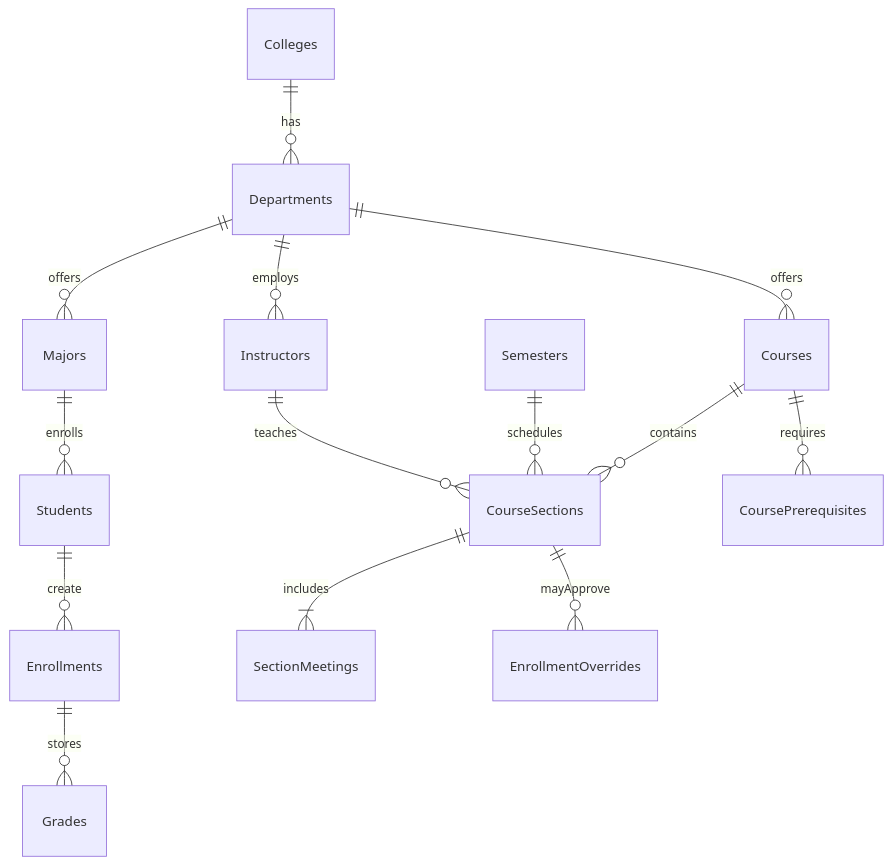
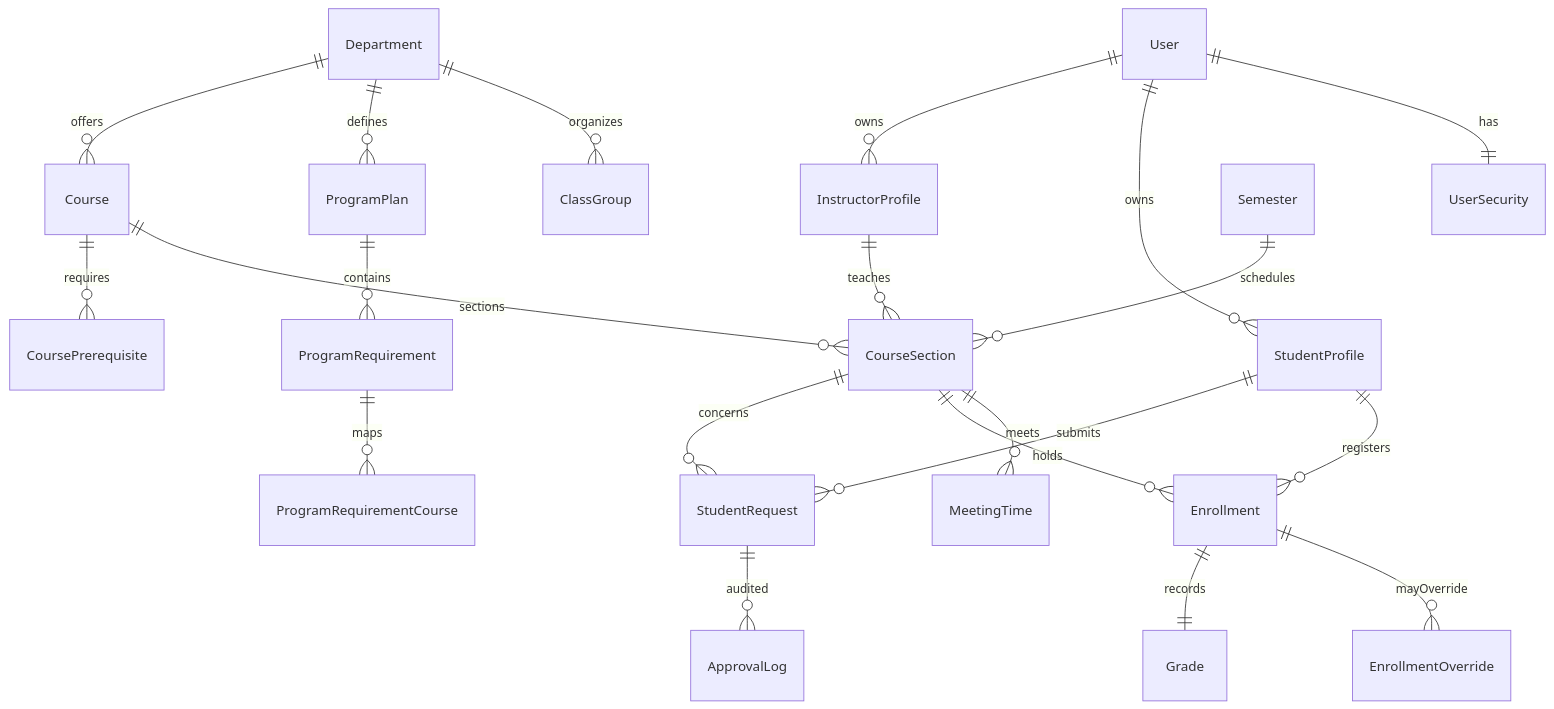
One commit to PakleFlady/Database-Course-Design changed the diagram in docs/database_design.md. Above: the diagram before and after it, drawn with Mermaid. The commit also changed other lines of this file and 9 other files, not shown here.

````diff
--- a/docs/database_design.md
+++ b/docs/database_design.md
@@ -12,16 +12,23 @@
 ```mermaid
 erDiagram
-    Colleges ||--o{ Departments : has
-    Departments ||--o{ Majors : offers
-    Departments ||--o{ Instructors : employs
-    Departments ||--o{ Courses : offers
-    Majors ||--o{ Students : enrolls
-    Students ||--o{ Enrollments : create
-    Courses ||--o{ CourseSections : contains
-    Semesters ||--o{ CourseSections : schedules
-    Instructors ||--o{ CourseSections : teaches
-    CourseSections ||--|{ SectionMeetings : includes
-    Courses ||--o{ CoursePrerequisites : requires
-    CourseSections ||--o{ EnrollmentOverrides : mayApprove
-    Enrollments ||--o{ Grades : stores
+    User ||--|| UserSecurity : has
+    User ||--o{ StudentProfile : owns
+    User ||--o{ InstructorProfile : owns
+    Department ||--o{ ClassGroup : organizes
+    Department ||--o{ ProgramPlan : defines
+    ProgramPlan ||--o{ ProgramRequirement : contains
+    ProgramRequirement ||--o{ ProgramRequirementCourse : maps
+    Department ||--o{ Course : offers
+    Semester ||--o{ CourseSection : schedules
+    InstructorProfile ||--o{ CourseSection : teaches
+    Course ||--o{ CourseSection : sections
+    CourseSection ||--o{ MeetingTime : meets
+    Course ||--o{ CoursePrerequisite : requires
+    StudentProfile ||--o{ Enrollment : registers
+    CourseSection ||--o{ Enrollment : holds
+    Enrollment ||--o{ EnrollmentOverride : mayOverride
+    StudentProfile ||--o{ StudentRequest : submits
+    CourseSection ||--o{ StudentRequest : concerns
+    StudentRequest ||--o{ ApprovalLog : audited
+    Enrollment ||--|| Grade : records
 ```
````
